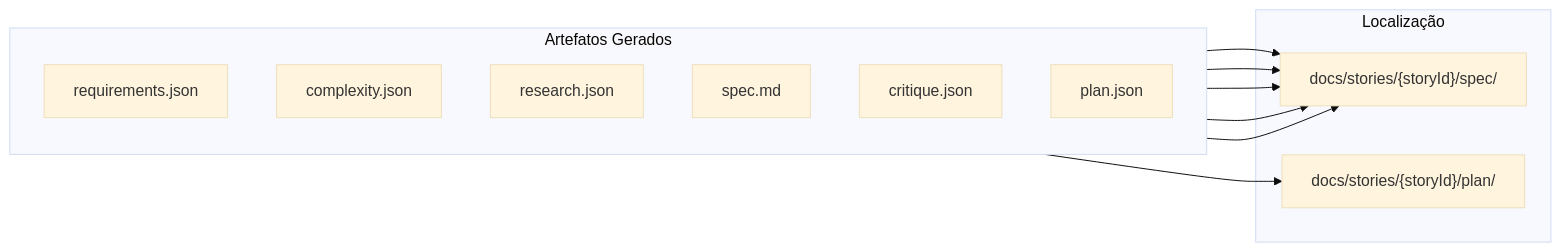
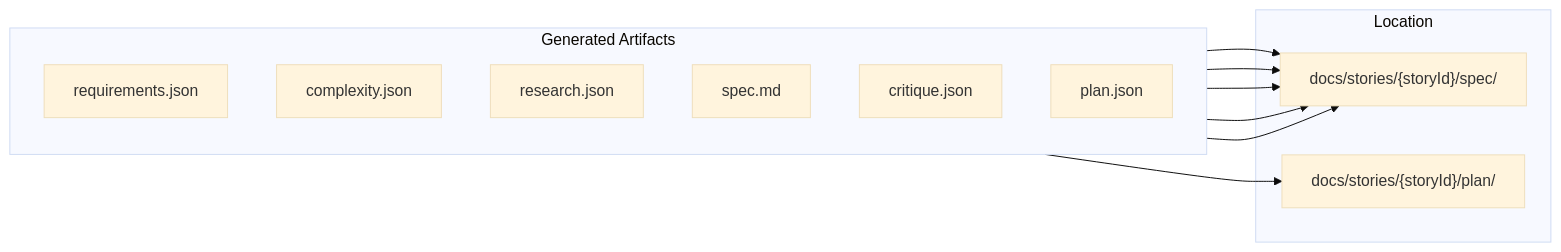
One commit to CyryxLabs/AEXOS changed diagram 11 of 17 in docs/aexos-workflows/spec-pipeline-workflow.md. Above: the diagram before and after it, drawn with Mermaid (base theme). The commit also changed other lines of this file and 528 other files, not shown here.

````diff
--- a/docs/aexos-workflows/spec-pipeline-workflow.md
+++ b/docs/aexos-workflows/spec-pipeline-workflow.md
@@ -787,24 +787,24 @@
 ```mermaid
 flowchart LR
-    subgraph OUTPUT["Artefatos Gerados"]
+    subgraph OUTPUT["Generated Artifacts"]
         direction TB
         O1["requirements.json"]
         O2["complexity.json"]
         O3["research.json"]
         O4["spec.md"]
         O5["critique.json"]
         O6["plan.json"]
     end
 
-    subgraph LOCATION["Localização"]
+    subgraph LOCATION["Location"]
         L["docs/stories/{storyId}/spec/"]
         LP["docs/stories/{storyId}/plan/"]
     end
 
     O1 --> L
     O2 --> L
     O3 --> L
     O4 --> L
     O5 --> L
     O6 --> LP
 ```
````
